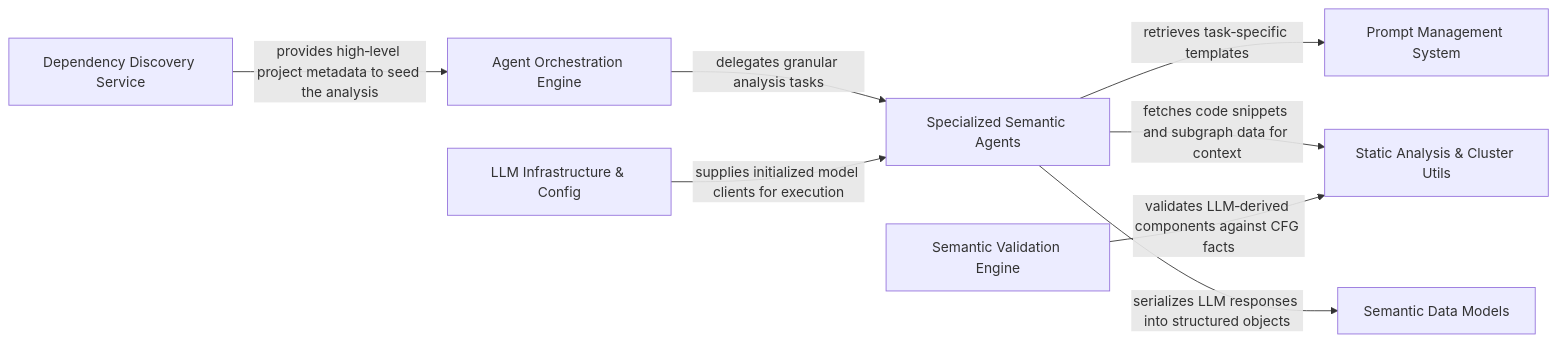
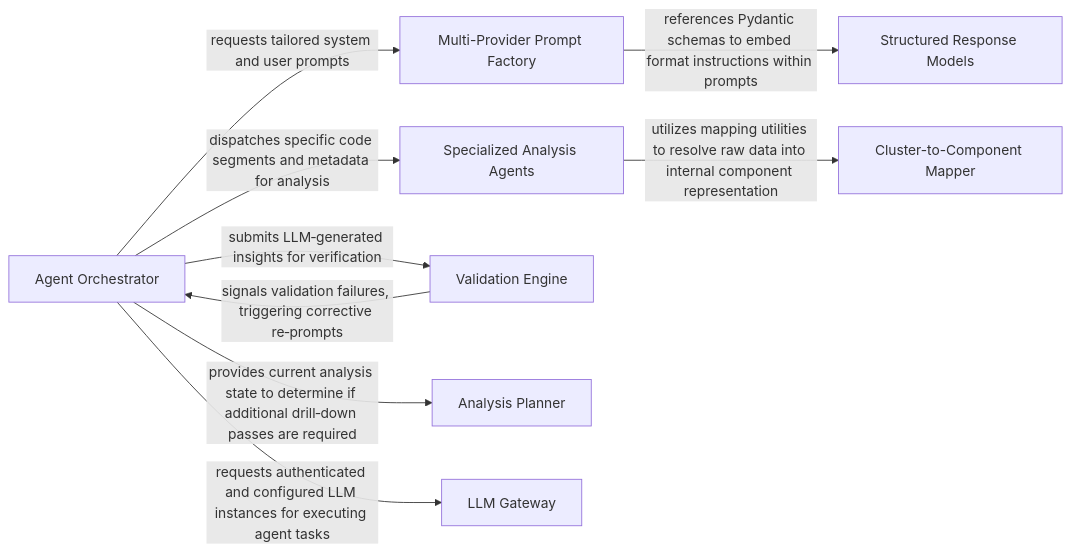
Before and after one commit to CodeBoarding/CodeBoarding: the diagram in .codeboarding/LLM_Agent_Core.md, drawn with Mermaid. The commit also changed other lines of this file and 10 other files, not shown here.

````diff
--- a/.codeboarding/LLM_Agent_Core.md
+++ b/.codeboarding/LLM_Agent_Core.md
@@ -1,18 +1,19 @@
 ```mermaid
 graph LR
-    Agent_Orchestration_Engine["Agent Orchestration Engine"]
-    Specialized_Semantic_Agents["Specialized Semantic Agents"]
-    Prompt_Management_System["Prompt Management System"]
-    Semantic_Validation_Engine["Semantic Validation Engine"]
-    LLM_Infrastructure_Config["LLM Infrastructure & Config"]
-    Static_Analysis_Cluster_Utils["Static Analysis & Cluster Utils"]
-    Semantic_Data_Models["Semantic Data Models"]
-    Dependency_Discovery_Service["Dependency Discovery Service"]
-    Agent_Orchestration_Engine -- "delegates granular analysis tasks" --> Specialized_Semantic_Agents
-    Specialized_Semantic_Agents -- "retrieves task‑specific templates" --> Prompt_Management_System
-    Specialized_Semantic_Agents -- "fetches code snippets and subgraph data for context" --> Static_Analysis_Cluster_Utils
-    Semantic_Validation_Engine -- "validates LLM‑derived components against CFG facts" --> Static_Analysis_Cluster_Utils
-    LLM_Infrastructure_Config -- "supplies initialized model clients for execution" --> Specialized_Semantic_Agents
-    Specialized_Semantic_Agents -- "serializes LLM responses into structured objects" --> Semantic_Data_Models
-    Dependency_Discovery_Service -- "provides high‑level project metadata to seed the analysis" --> Agent_Orchestration_Engine
+    Agent_Orchestrator["Agent Orchestrator"]
+    Specialized_Analysis_Agents["Specialized Analysis Agents"]
+    Multi_Provider_Prompt_Factory["Multi-Provider Prompt Factory"]
+    Validation_Engine["Validation Engine"]
+    Analysis_Planner["Analysis Planner"]
+    LLM_Gateway["LLM Gateway"]
+    Structured_Response_Models["Structured Response Models"]
+    Cluster_to_Component_Mapper["Cluster-to-Component Mapper"]
+    Agent_Orchestrator -- "requests tailored system and user prompts" --> Multi_Provider_Prompt_Factory
+    Agent_Orchestrator -- "dispatches specific code segments and metadata for analysis" --> Specialized_Analysis_Agents
+    Specialized_Analysis_Agents -- "utilizes mapping utilities to resolve raw data into internal component representation" --> Cluster_to_Component_Mapper
+    Agent_Orchestrator -- "submits LLM‑generated insights for verification" --> Validation_Engine
+    Validation_Engine -- "signals validation failures, triggering corrective re‑prompts" --> Agent_Orchestrator
+    Agent_Orchestrator -- "provides current analysis state to determine if additional drill‑down passes are required" --> Analysis_Planner
+    Multi_Provider_Prompt_Factory -- "references Pydantic schemas to embed format instructions within prompts" --> Structured_Response_Models
+    Agent_Orchestrator -- "requests authenticated and configured LLM instances for executing agent tasks" --> LLM_Gateway
 ```
````
